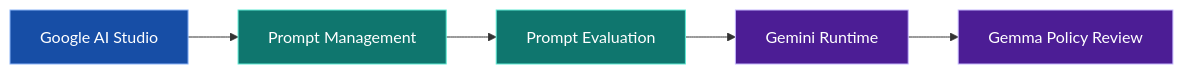
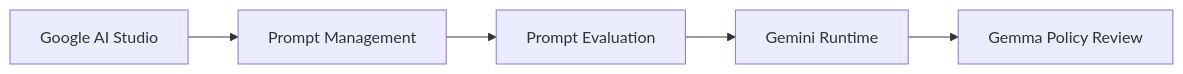
Before and after one commit to Janicebenita/SentinelOps-X: the second of 2 diagrams in README.md, drawn with Mermaid. The commit also changed other lines of this file, not shown here.

````diff
--- a/README.md
+++ b/README.md
@@ -130,10 +485,8 @@
 ```mermaid
 flowchart LR
-    A["Google AI Studio"] --> P["Prompt Management"] --> E["Prompt Evaluation"] --> G["Gemini Runtime"] --> M["Gemma Policy Review"]
-    classDef studio fill:#174ea6,stroke:#8ab4f8,color:#fff;
-    classDef lifecycle fill:#0f766e,stroke:#5eead4,color:#fff;
-    classDef model fill:#4c1d95,stroke:#c4b5fd,color:#fff;
-    class A studio;
-    class P,E lifecycle;
-    class G,M model;
+    A["Google AI Studio"]
+    --> P["Prompt Management"]
+    --> E["Prompt Evaluation"]
+    --> G["Gemini Runtime"]
+    --> M["Gemma Policy Review"]
 ```
````
